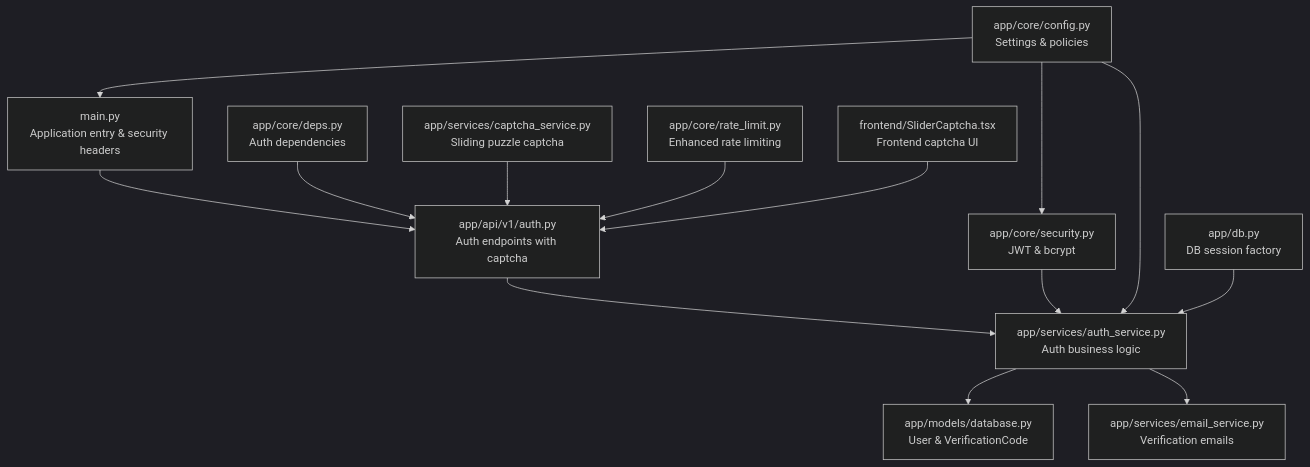
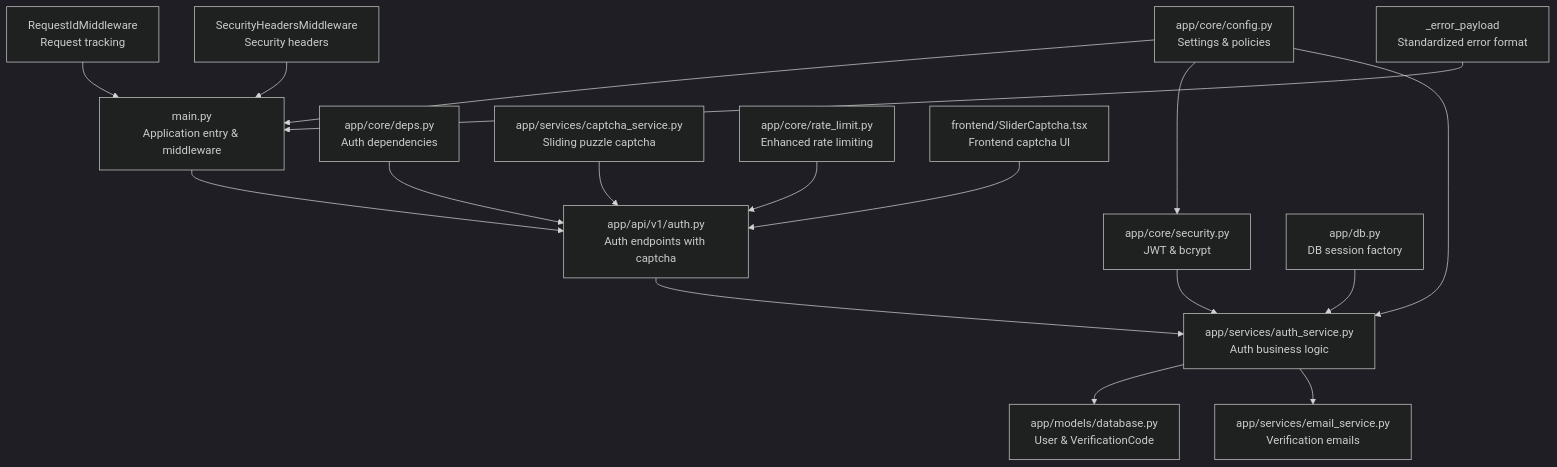
One commit to rain1andsnow2a/aidiary changed the first of 16 diagrams in .qoder/repowiki/en/content/Architecture Overview/Backend Architecture/Security Architecture.md. Above: the diagram before and after it, drawn with Mermaid (dark theme). The commit also changed other lines of this file and 44 other files, not shown here.

````diff
--- a/.qoder/repowiki/en/content/Architecture Overview/Backend Architecture/Security Architecture.md
+++ b/.qoder/repowiki/en/content/Architecture Overview/Backend Architecture/Security Architecture.md
@@ -60,16 +60,19 @@
 ```mermaid
 graph TB
-A["main.py<br/>Application entry & security headers"] --> B["app/api/v1/auth.py<br/>Auth endpoints with captcha"]
+A["main.py<br/>Application entry & middleware"] --> B["app/api/v1/auth.py<br/>Auth endpoints with captcha"]
 B --> C["app/services/auth_service.py<br/>Auth business logic"]
 C --> D["app/models/database.py<br/>User & VerificationCode"]
 C --> E["app/services/email_service.py<br/>Verification emails"]
 F["app/core/security.py<br/>JWT & bcrypt"] --> C
 G["app/core/deps.py<br/>Auth dependencies"] --> B
 H["app/core/config.py<br/>Settings & policies"] --> A
 H --> F
 H --> C
 I["app/db.py<br/>DB session factory"] --> C
 J["app/services/captcha_service.py<br/>Sliding puzzle captcha"] --> B
 K["app/core/rate_limit.py<br/>Enhanced rate limiting"] --> B
 L["frontend/SliderCaptcha.tsx<br/>Frontend captcha UI"] --> B
+M["RequestIdMiddleware<br/>Request tracking"] --> A
+N["SecurityHeadersMiddleware<br/>Security headers"] --> A
+O["_error_payload<br/>Standardized error format"] --> A
 ```
````
